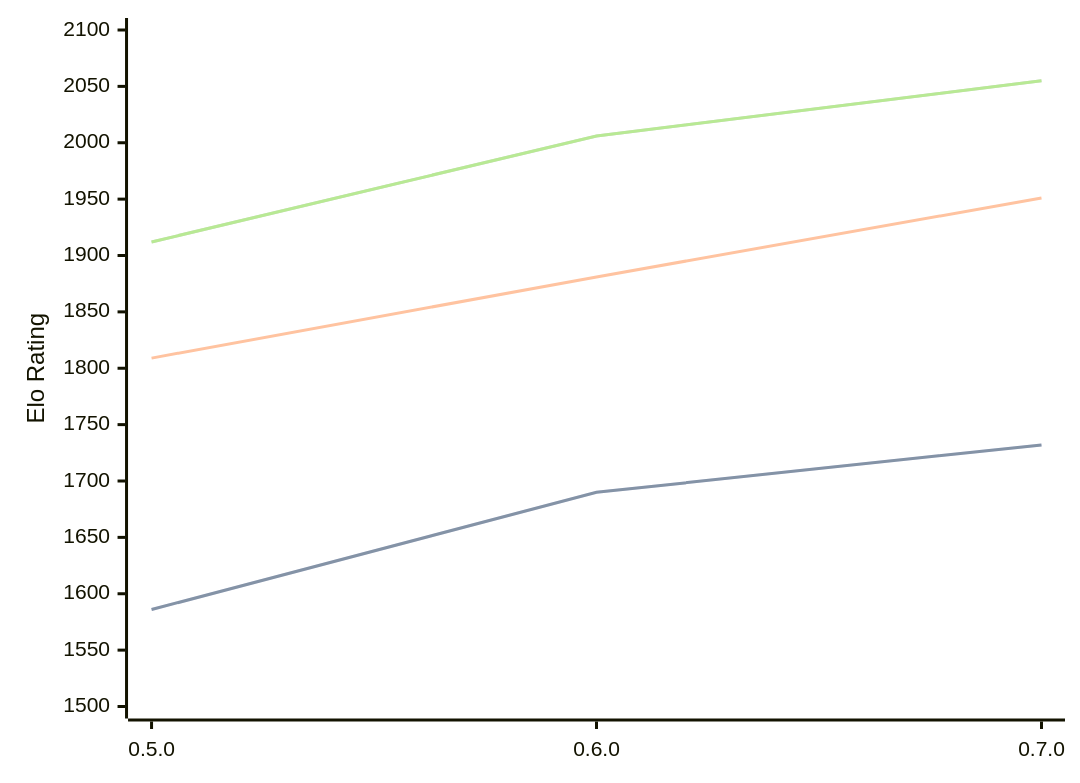
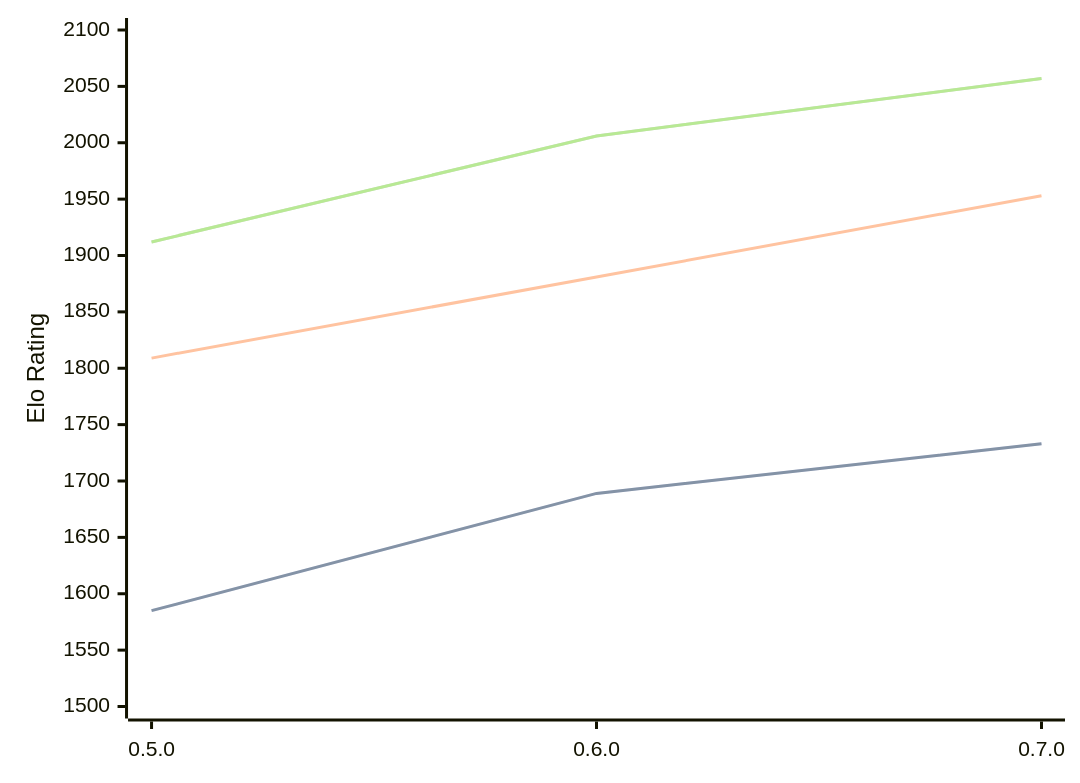
The diagram in engines/Chess-rs.md (computer-chess-index/cci), drawn with Mermaid before and after one commit. The commit also changed other lines of this file, not shown here.

Commit message:
Update CCI Ratings (ELO VLTC) - 2026-03-23

````diff
--- a/engines/Chess-rs.md
+++ b/engines/Chess-rs.md
@@ -41,11 +41,11 @@
 ```mermaid
 %%{init: {"theme":"base","themeVariables":{"seriesColors:['#a3a3a3','#222221','#faa371']}}}%%
 xychart-beta
   x-axis ["0.5.0", "0.6.0", "0.7.0"]
   y-axis "Elo Rating" 1500 --> 2100
-  line "STC (8.0+0.08s)" [1586, 1690, 1732]
-  line "STC (8.0+0.08s)" [1586, 1690, 1732]
-  line "LTC (60.0+0.60s)" [1809, 1881, 1951]
-  line "VLTC (2m24s+1.12s)" [1912, 2006, 2055]
-  line "VLTC (2m24s+1.12s)" [1912, 2006, 2055]
+  line "STC (8.0+0.08s)" [1585, 1689, 1733]
+  line "STC (8.0+0.08s)" [1585, 1689, 1733]
+  line "LTC (60.0+0.60s)" [1809, 1881, 1953]
+  line "VLTC (2m24s+1.12s)" [1912, 2006, 2057]
+  line "VLTC (2m24s+1.12s)" [1912, 2006, 2057]
 ```
````
